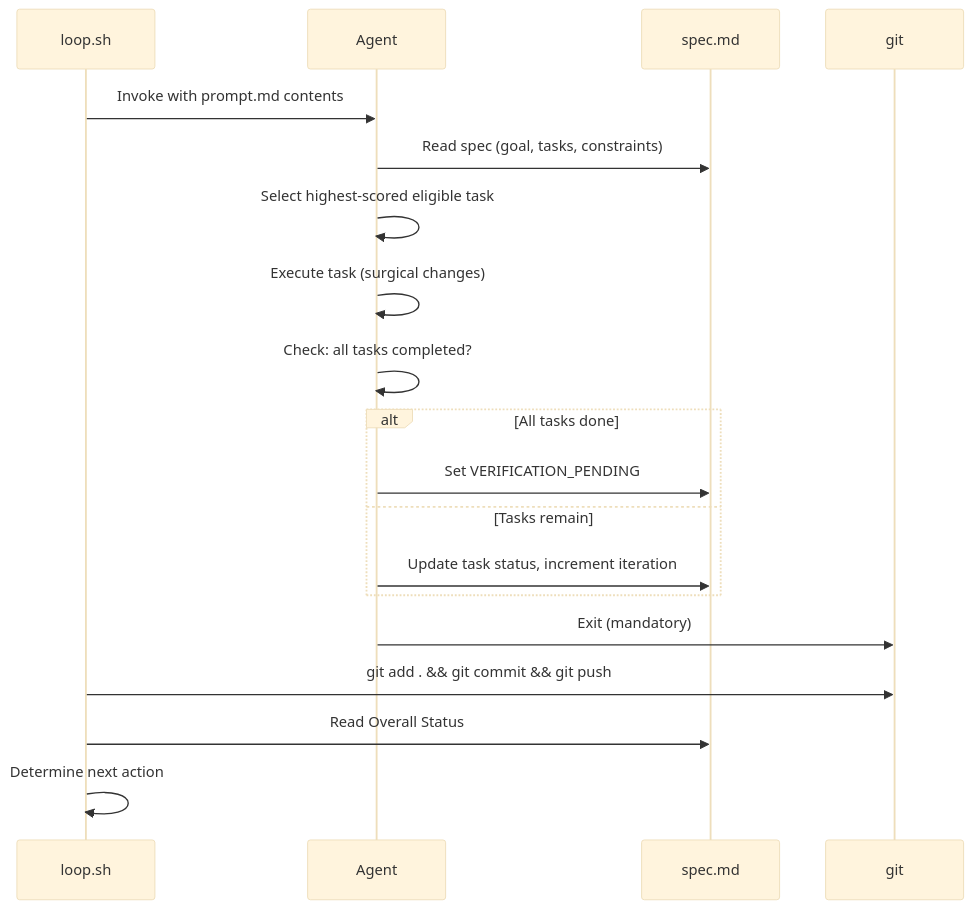
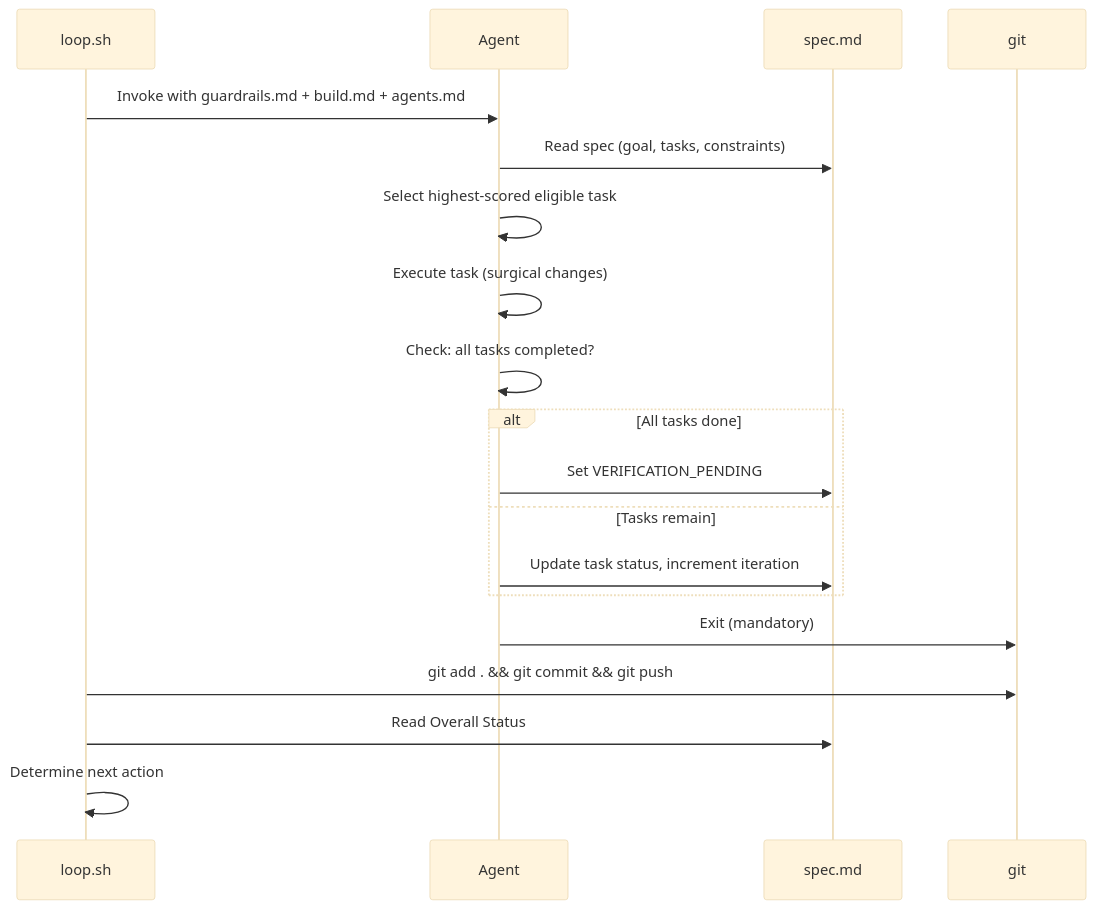
The second of 5 diagrams in PRODUCT_SPEC.md (Kiriketsuki/ralph-loop), drawn with Mermaid (base theme) before and after one commit. The commit also changed other lines of this file and 9 other files, not shown here.

````diff
--- a/PRODUCT_SPEC.md
+++ b/PRODUCT_SPEC.md
@@ -44,22 +44,22 @@
 ```mermaid
 sequenceDiagram
     participant L as loop.sh
     participant A as Agent
     participant S as spec.md
     participant G as git
 
-    L->>A: Invoke with prompt.md contents
+    L->>A: Invoke with guardrails.md + build.md + agents.md
     A->>S: Read spec (goal, tasks, constraints)
     A->>A: Select highest-scored eligible task
     A->>A: Execute task (surgical changes)
     A->>A: Check: all tasks completed?
     alt All tasks done
         A->>S: Set VERIFICATION_PENDING
     else Tasks remain
         A->>S: Update task status, increment iteration
     end
     A->>G: Exit (mandatory)
     L->>G: git add . && git commit && git push
     L->>S: Read Overall Status
     L->>L: Determine next action
 ```
````
